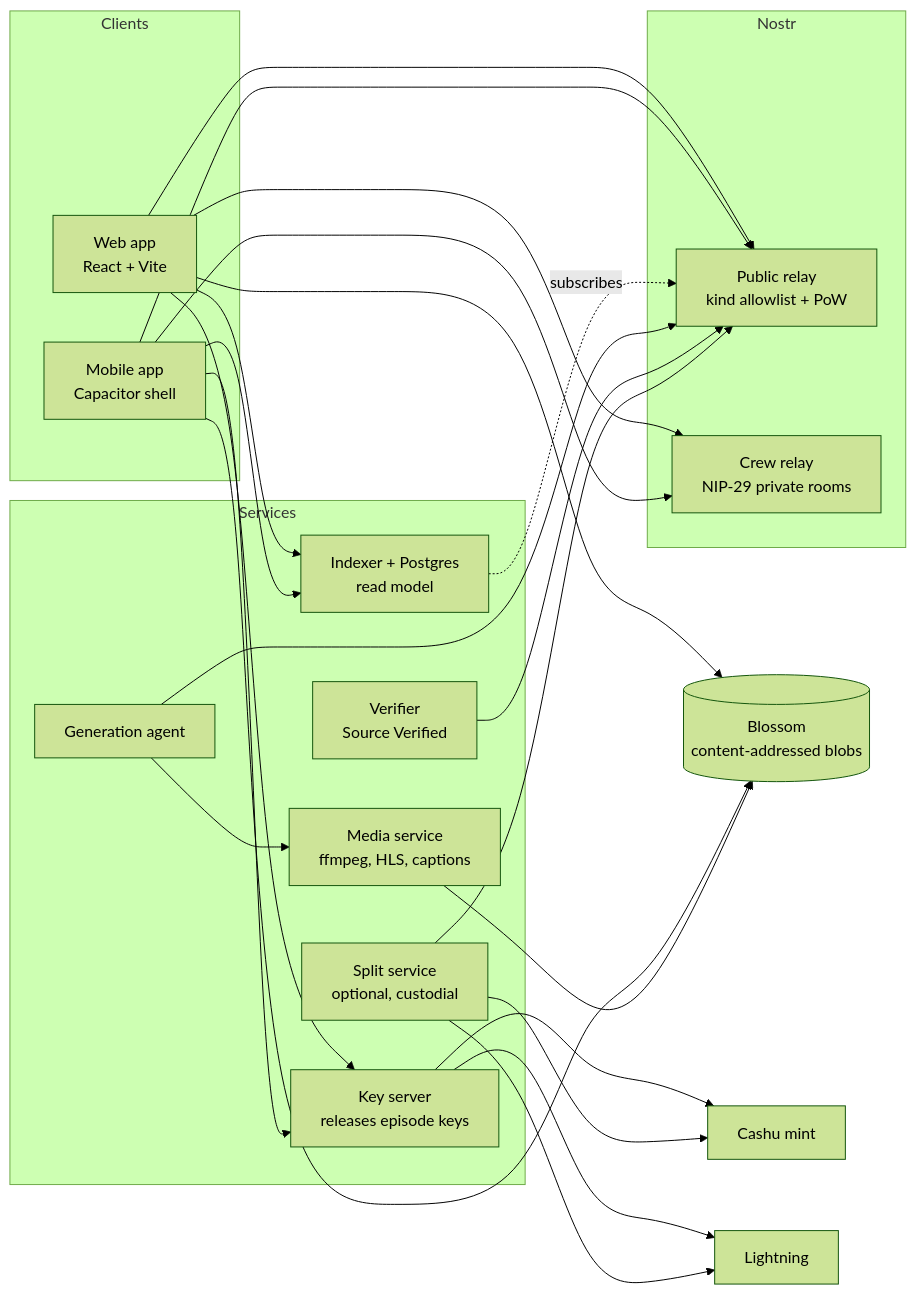
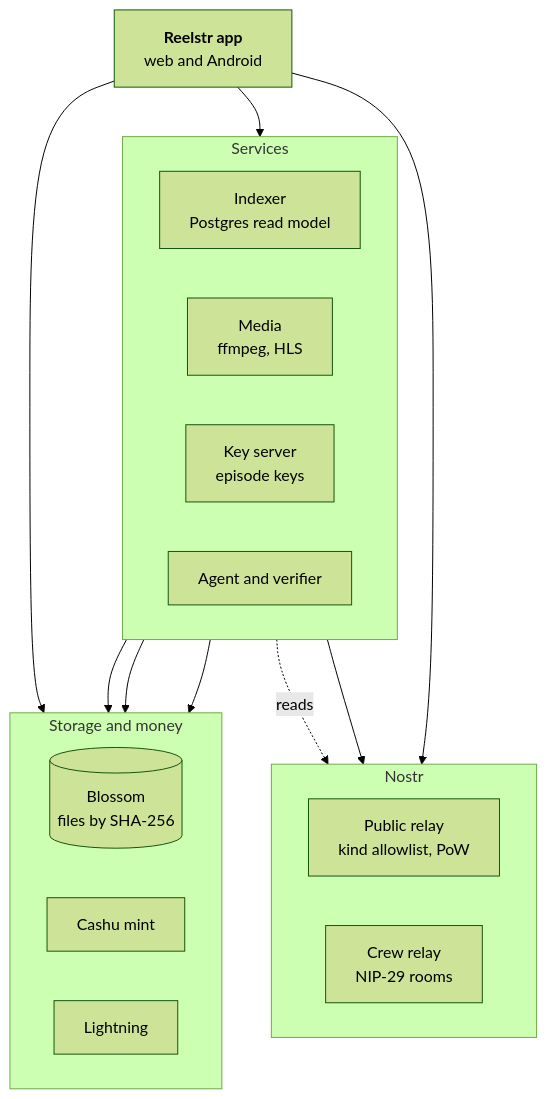
Before and after one commit to Priyanshubhartistm/reelstr: the diagram in README.md, drawn with Mermaid (forest theme). The commit also changed other lines of this file and 47 other files, not shown here.

Commit message:
Repo cleanup 5/5: feature folders in the web app, split ui shell, verifier folder, consistent test names; cleaner README, CONTRIBUTING and per-folder READMEs

````diff
--- a/README.md
+++ b/README.md
@@ -57,38 +57,34 @@
 ```mermaid
-flowchart LR
-  subgraph Clients
-    W[Web app<br/>React + Vite]
-    M[Mobile app<br/>Capacitor shell]
+flowchart TB
+  APP["<b>Reelstr app</b><br/>web and Android"]
+
+  subgraph NOSTR["Nostr"]
+    direction LR
+    RELAY["Public relay<br/>kind allowlist, PoW"]
+    CREW["Crew relay<br/>NIP-29 rooms"]
   end
-  subgraph Nostr
-    R[Public relay<br/>kind allowlist + PoW]
-    C[Crew relay<br/>NIP-29 private rooms]
+
+  subgraph SERVICES["Services"]
+    direction LR
+    IDX["Indexer<br/>Postgres read model"]
+    MEDIA["Media<br/>ffmpeg, HLS"]
+    KEYS["Key server<br/>episode keys"]
+    AGENT["Agent and verifier"]
   end
-  subgraph Services
-    I[Indexer + Postgres<br/>read model]
-    MS[Media service<br/>ffmpeg, HLS, captions]
-    K[Key server<br/>releases episode keys]
-    S[Split service<br/>optional, custodial]
-    A[Generation agent]
-    V[Verifier<br/>Source Verified]
+
+  subgraph STORAGE["Storage and money"]
+    direction LR
+    BLOSSOM[("Blossom<br/>files by SHA-256")]
+    MINT["Cashu mint"]
+    LN["Lightning"]
   end
-  B[(Blossom<br/>content-addressed blobs)]
-  MINT[Cashu mint]
-  LN[Lightning]
 
-  W & M --> R
-  W & M --> C
-  W & M --> I
-  W & M --> K
-  W & M --> B
-  I -. subscribes .-> R
-  MS --> B
-  A --> R
-  A --> MS
-  V --> R
-  K --> MINT
-  K --> LN
-  S --> MINT
-  S --> LN
-  S --> R
+  APP --> NOSTR
+  APP --> SERVICES
+  APP --> BLOSSOM
+  IDX -.->|reads| RELAY
+  AGENT --> RELAY
+  MEDIA --> BLOSSOM
+  KEYS --> MINT
+  KEYS --> LN
 ```
````
